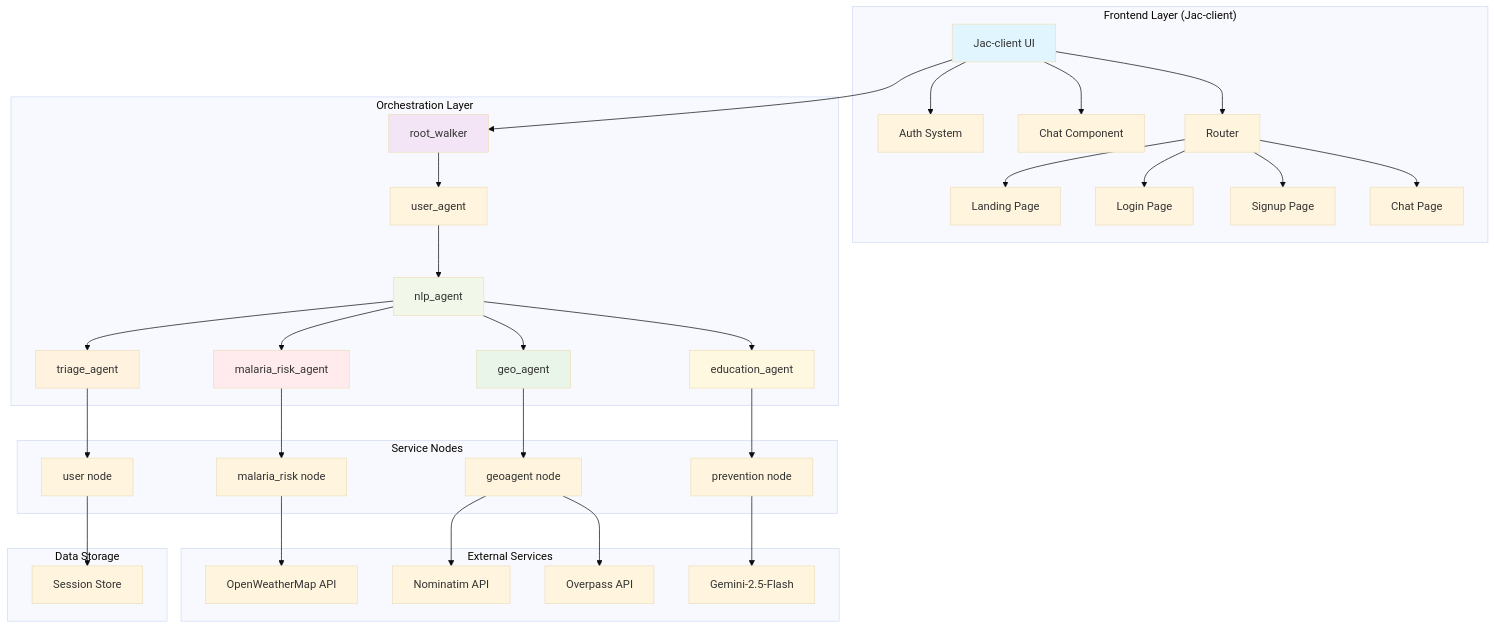
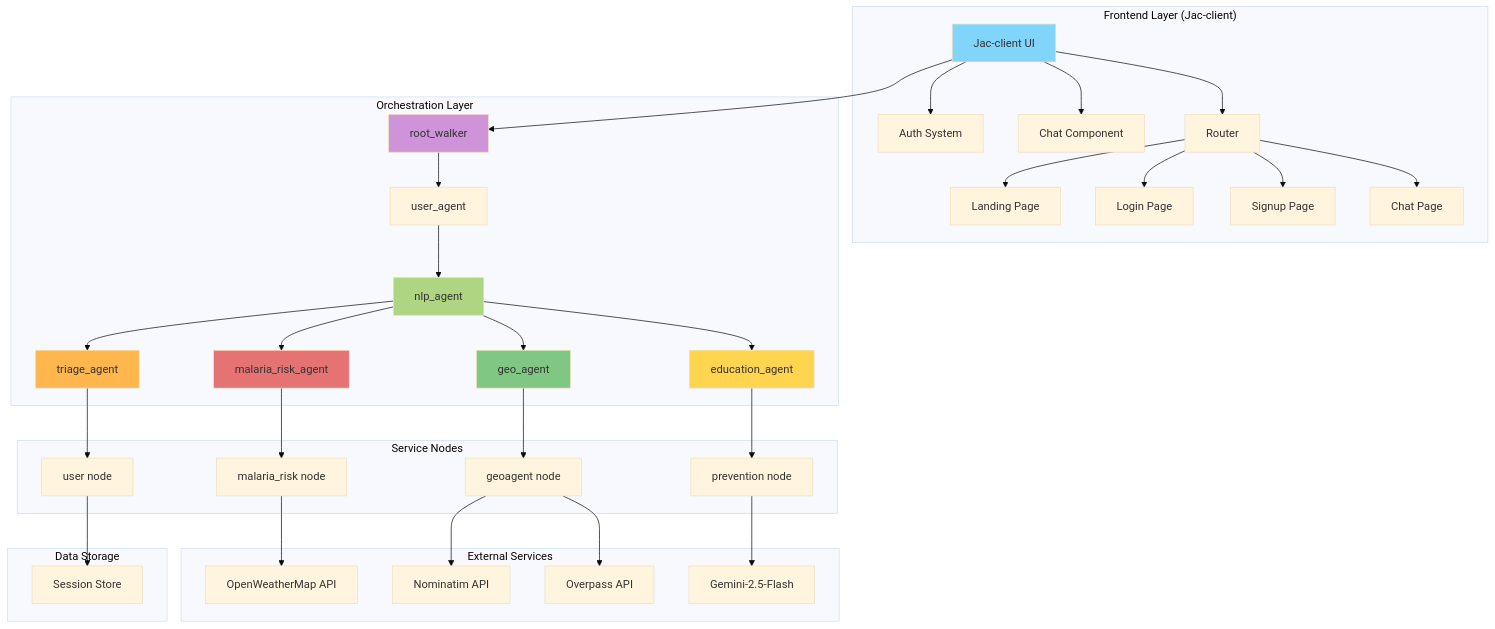
The diagram in README.md (Terekip/GenAI-Hackathon---MalariaPredict-AI), drawn with Mermaid (base theme) before and after one commit.

````diff
--- a/README.md
+++ b/README.md
@@ -53,48 +53,49 @@
 ```mermaid
 graph TB
     subgraph "Frontend Layer (Jac-client)"
         UI[Jac-client UI] --> Auth[Auth System]
         UI --> Chat[Chat Component]
         UI --> Routes[Router]
         Routes --> Landing[Landing Page]
         Routes --> Login[Login Page]
         Routes --> Signup[Signup Page]
         Routes --> ChatPage[Chat Page]
     end
     
     subgraph "Orchestration Layer"
         UI --> RW[root_walker]
         RW --> UA[user_agent]
         UA --> NLP[nlp_agent]
         NLP --> TA[triage_agent]
         NLP --> MRA[malaria_risk_agent]
         NLP --> GA[geo_agent]
         NLP --> EA[education_agent]
     end
     
     subgraph "Service Nodes"
         TA --> USER[user node]
         MRA --> MR[malaria_risk node]
         GA --> GEO[geoagent node]
         EA --> PREV[prevention node]
     end
     
     subgraph "External Services"
         MR --> OWM[OpenWeatherMap API]
         GEO --> NOM[Nominatim API]
         GEO --> OPS[Overpass API]
         PREV --> LLM[Gemini-2.5-Flash]
     end
     
     subgraph "Data Storage"
         USER --> SESS[Session Store]
     end
     
-    style UI fill:#e1f5fe
-    style RW fill:#f3e5f5
-    style NLP fill:#f1f8e9
-    style TA fill:#fff3e0
-    style MRA fill:#ffebee
-    style GA fill:#e8f5e8
-    style EA fill:#fff8e1
+    style UI fill:#81d4fa
+    style RW fill:#ce93d8
+    style NLP fill:#aed581
+    style TA fill:#ffb74d
+    style MRA fill:#e57373
+    style GA fill:#81c784
+    style EA fill:#ffd54f
+
 ```
````
